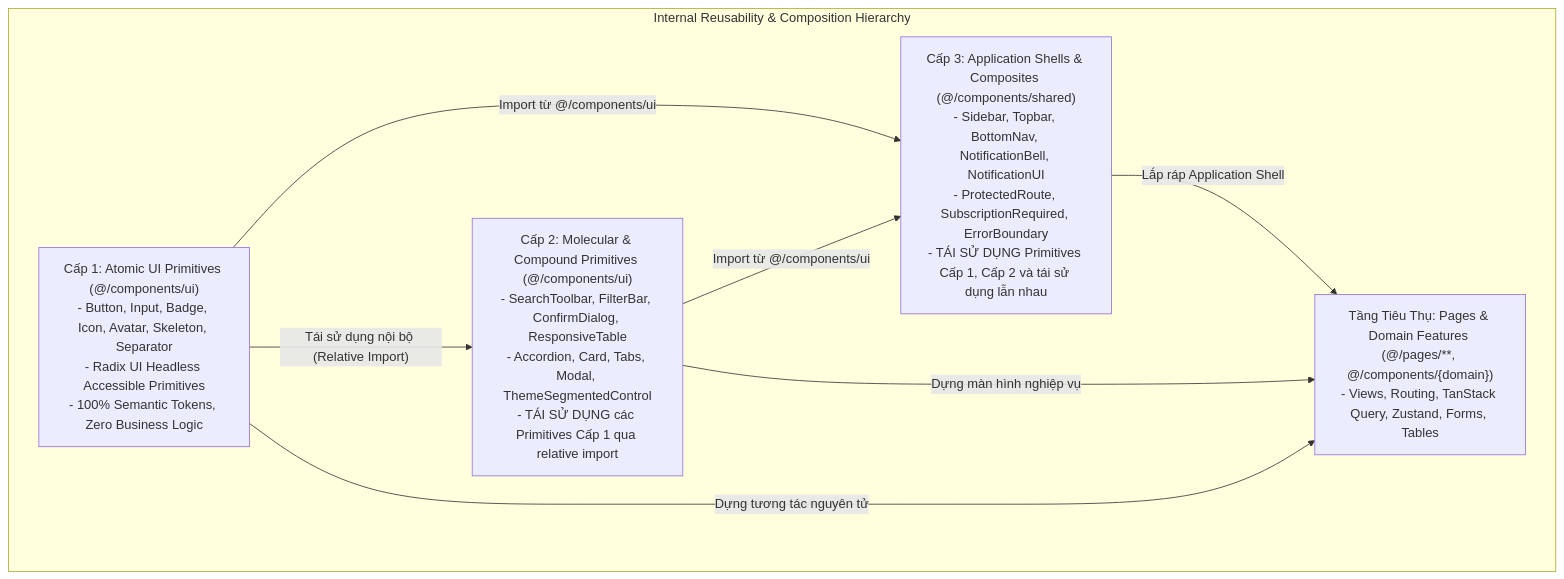
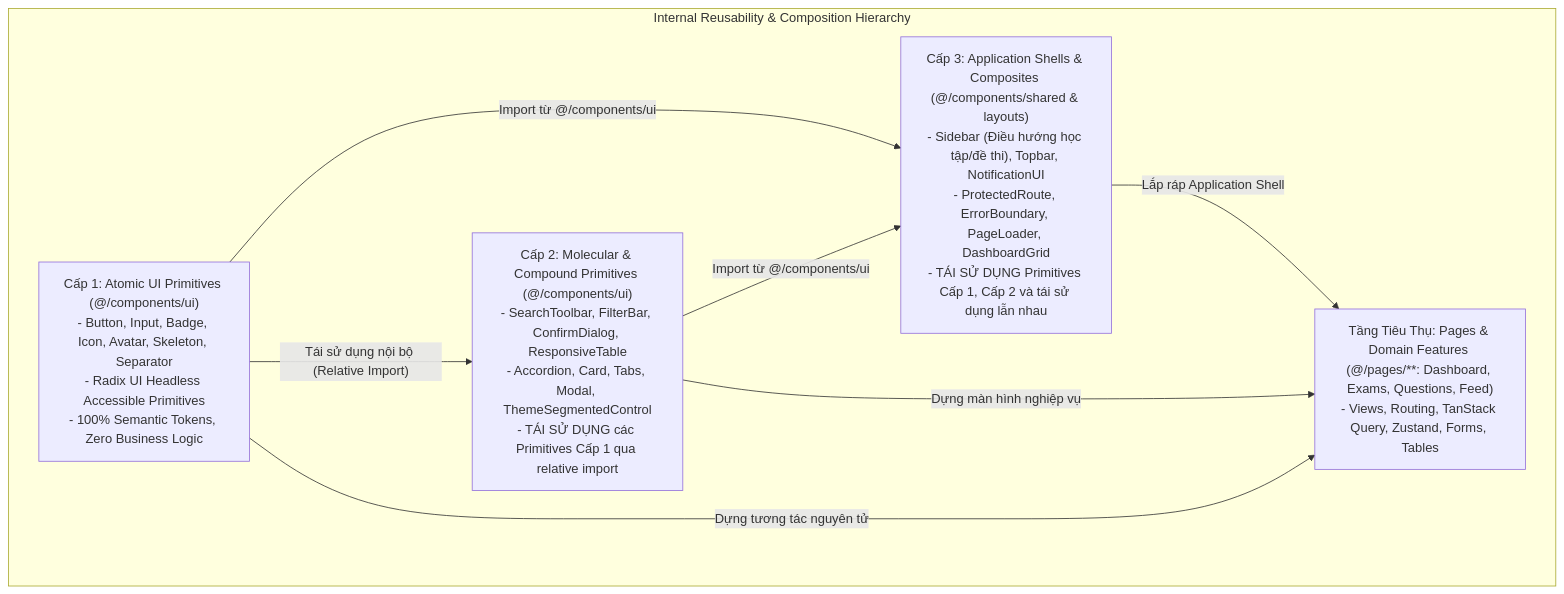
One commit to lethanhan01/Social-network-for-student-Generated-Question-Bank changed the first of 13 diagrams in src/components/README.md. Above: the diagram before and after it, drawn with Mermaid. The commit also changed other lines of this file and 6 other files, not shown here.

````diff
--- a/src/components/README.md
+++ b/src/components/README.md
@@ -59,15 +68,15 @@
 ```mermaid
 graph TD
     subgraph "Internal Reusability & Composition Hierarchy"
         L1["Cấp 1: Atomic UI Primitives (@/components/ui)<br/>- Button, Input, Badge, Icon, Avatar, Skeleton, Separator<br/>- Radix UI Headless Accessible Primitives<br/>- 100% Semantic Tokens, Zero Business Logic"]
         L2["Cấp 2: Molecular & Compound Primitives (@/components/ui)<br/>- SearchToolbar, FilterBar, ConfirmDialog, ResponsiveTable<br/>- Accordion, Card, Tabs, Modal, ThemeSegmentedControl<br/>- TÁI SỬ DỤNG các Primitives Cấp 1 qua relative import"]
-        L3["Cấp 3: Application Shells & Composites (@/components/shared)<br/>- Sidebar, Topbar, BottomNav, NotificationBell, NotificationUI<br/>- ProtectedRoute, SubscriptionRequired, ErrorBoundary<br/>- TÁI SỬ DỤNG Primitives Cấp 1, Cấp 2 và tái sử dụng lẫn nhau"]
-        L4["Tầng Tiêu Thụ: Pages & Domain Features (@/pages/**, @/components/{domain})<br/>- Views, Routing, TanStack Query, Zustand, Forms, Tables"]
+        L3["Cấp 3: Application Shells & Composites (@/components/shared & layouts)<br/>- Sidebar (Điều hướng học tập/đề thi), Topbar, NotificationUI<br/>- ProtectedRoute, ErrorBoundary, PageLoader, DashboardGrid<br/>- TÁI SỬ DỤNG Primitives Cấp 1, Cấp 2 và tái sử dụng lẫn nhau"]
+        L4["Tầng Tiêu Thụ: Pages & Domain Features (@/pages/**: Dashboard, Exams, Questions, Feed)<br/>- Views, Routing, TanStack Query, Zustand, Forms, Tables"]
     end
     L1 -->|"Tái sử dụng nội bộ (Relative Import)"| L2
     L1 -->|"Import từ @/components/ui"| L3
     L2 -->|"Import từ @/components/ui"| L3
     L3 -->|"Lắp ráp Application Shell"| L4
     L2 -->|"Dựng màn hình nghiệp vụ"| L4
     L1 -->|"Dựng tương tác nguyên tử"| L4
 ```
````
